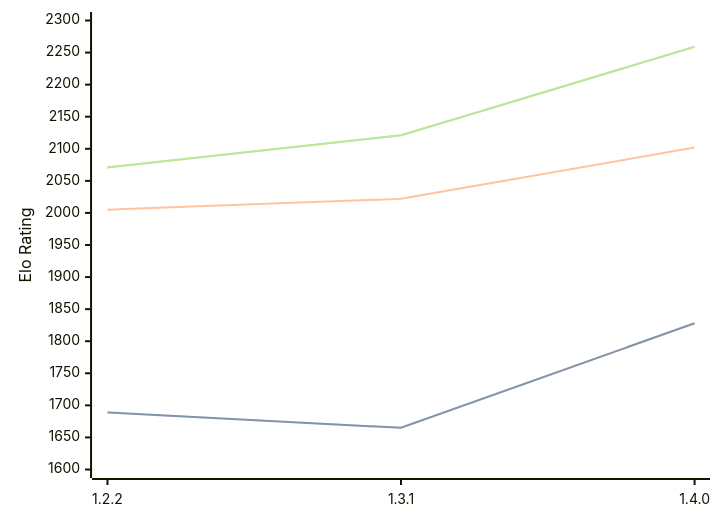
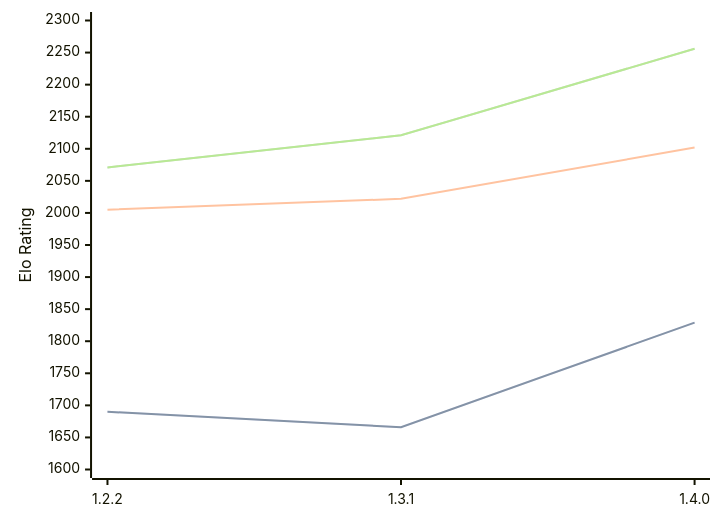
One commit to computer-chess-index/cci changed the diagram in engines/SoloEngine.md. Above: the diagram before and after it, drawn with Mermaid. The commit also changed other lines of this file, not shown here.

Commit message:
Update CCI Ratings (ELO VLTC) - 2026-02-16

````diff
--- a/engines/SoloEngine.md
+++ b/engines/SoloEngine.md
@@ -30,11 +30,11 @@
 ```mermaid
 %%{init: {"theme":"base","themeVariables":{"seriesColors:['#a3a3a3','#222221','#faa371']}}}%%
 xychart-beta
   x-axis ["1.2.2", "1.3.1", "1.4.0"]
   y-axis "Elo Rating" 1600 --> 2300
-  line "STC (8.0+0.08s)" [1689, 1665, 1828]
-  line "STC (8.0+0.08s)" [1689, 1665, 1828]
+  line "STC (8.0+0.08s)" [1690, 1666, 1829]
+  line "STC (8.0+0.08s)" [1690, 1666, 1829]
   line "LTC (60.0+0.60s)" [2005, 2022, 2102]
-  line "VLTC (2m24s+1.12s)" [2071, 2121, 2259]
-  line "VLTC (2m24s+1.12s)" [2071, 2121, 2259]
+  line "VLTC (2m24s+1.12s)" [2071, 2121, 2256]
+  line "VLTC (2m24s+1.12s)" [2071, 2121, 2256]
 ```
````
